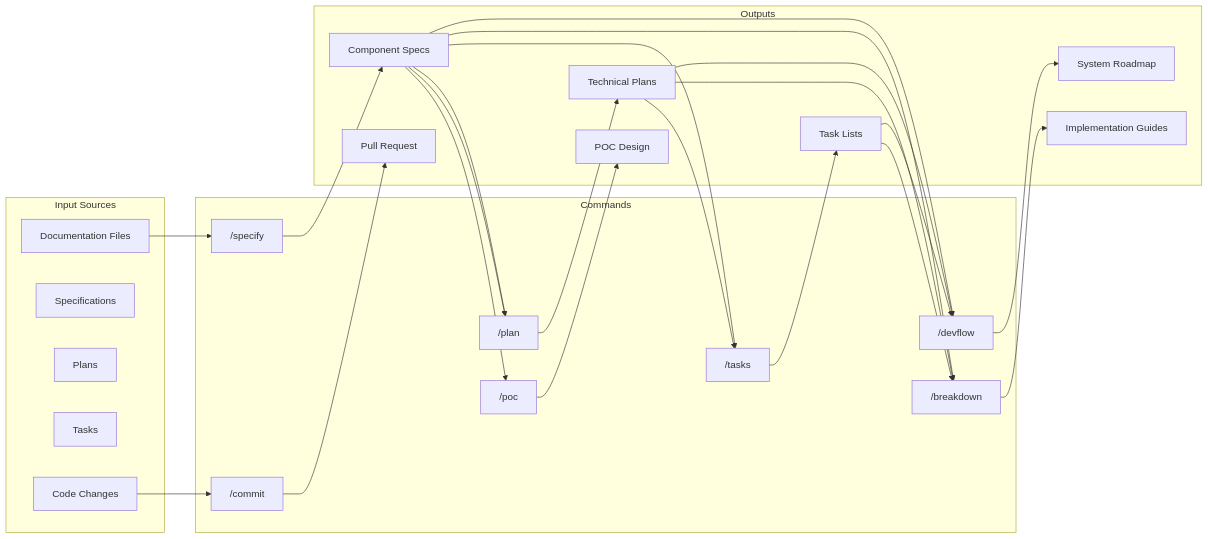
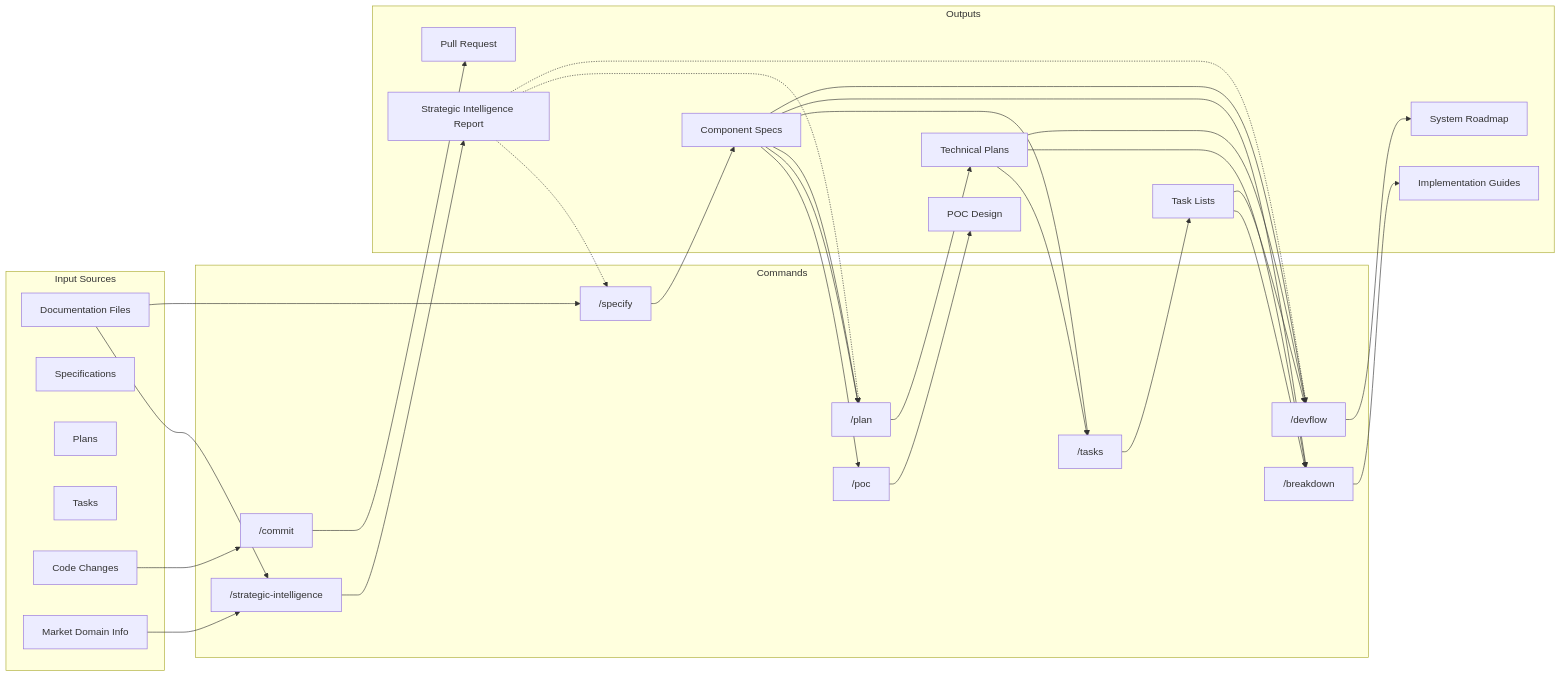
Diagram 13 of 22 in commands/WORKFLOW.md (Mathews-Tom/sage-dev), drawn with Mermaid before and after one commit. The commit also changed other lines of this file and 3 other files, not shown here.

First line of the commit message:
Add /strategic-intelligence command and integrate across docs; remove legacy gap analysis

````diff
--- a/commands/WORKFLOW.md
+++ b/commands/WORKFLOW.md
@@ -284,57 +328,67 @@
 ```mermaid
 graph LR
     subgraph "Input Sources"
         Docs[Documentation Files]
         Specs[Specifications]
         Plans[Plans]
         Tasks[Tasks]
         Code[Code Changes]
+        Market[Market Domain Info]
     end
-    
+
     subgraph "Commands"
+        Assessment["/strategic-intelligence"]
         Specify["/specify"]
         POC["/poc"]
         Plan["/plan"]
         TaskCmd["/tasks"]
         Breakdown["/breakdown"]
         DevFlow["/devflow"]
         Commit["/commit"]
     end
-    
+
     subgraph "Outputs"
+        StrategicReport[Strategic Intelligence Report]
         CompSpecs[Component Specs]
         POCDocs[POC Design]
         TechPlans[Technical Plans]
         TaskLists[Task Lists]
         ImplGuides[Implementation Guides]
         Roadmap[System Roadmap]
         PR[Pull Request]
     end
-    
+
+    Docs --> Assessment
+    Market --> Assessment
+    Assessment --> StrategicReport
+
     Docs --> Specify
+    StrategicReport -.-> Specify
     Specify --> CompSpecs
-    
+
     CompSpecs --> POC
     CompSpecs --> Plan
+    StrategicReport -.-> Plan
     POC --> POCDocs
-    
+
     CompSpecs --> Plan
     Plan --> TechPlans
-    
+
     CompSpecs --> TaskCmd
     TechPlans --> TaskCmd
     TaskCmd --> TaskLists
-    
+
     CompSpecs --> Breakdown
     TechPlans --> Breakdown
     TaskLists --> Breakdown
     Breakdown --> ImplGuides
-    
+
     CompSpecs --> DevFlow
     TechPlans --> DevFlow
     TaskLists --> DevFlow
+    StrategicReport -.-> DevFlow
     DevFlow --> Roadmap
-    
+
     Code --> Commit
     Commit --> PR
 ```
````
